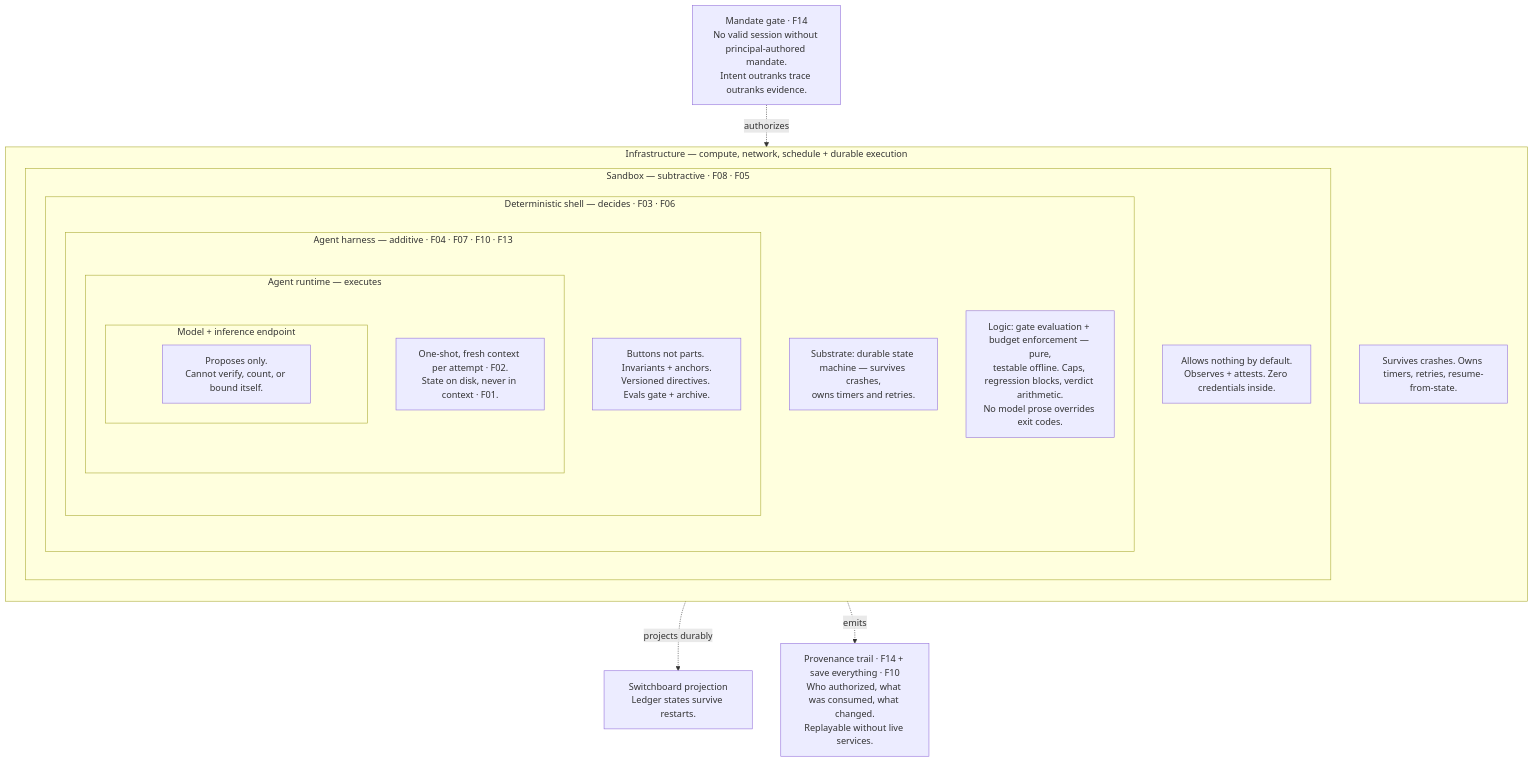
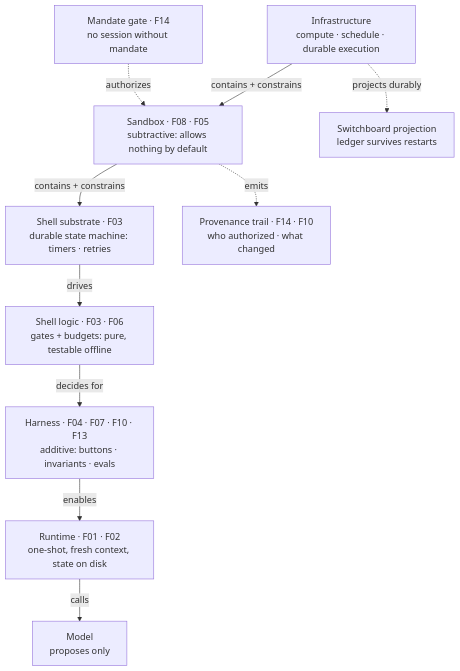
The first of 3 diagrams in docs/blueprint/17-architecture.md (johwes/agentic-sdlc), drawn with Mermaid before and after one commit. The commit also changed other lines of this file and 2 other files, not shown here.

Commit message:
docs(blueprint): flatten architecture diagrams for readability, add mermaid scroll CSS

````diff
--- a/docs/blueprint/17-architecture.md
+++ b/docs/blueprint/17-architecture.md
@@ -17,33 +18,23 @@
 ```mermaid
 flowchart TD
-    subgraph INFRA[Infrastructure — compute, network, schedule + durable execution]
-        direction TB
-        INFRA_NOTE["Survives crashes. Owns timers, retries, resume-from-state."]
-        subgraph SB[Sandbox — subtractive · F08 · F05]
-            direction TB
-            SB_NOTE["Allows nothing by default.<br/>Observes + attests. Zero credentials inside."]
-            subgraph SHELL[Deterministic shell — decides · F03 · F06]
-                direction TB
-                SHELL_SUB["Substrate: durable state machine — survives crashes,<br/>owns timers and retries."]
-                SHELL_LOGIC["Logic: gate evaluation + budget enforcement — pure,<br/>testable offline. Caps, regression blocks, verdict arithmetic.<br/>No model prose overrides exit codes."]
-                subgraph HARN[Agent harness — additive · F04 · F07 · F10 · F13]
-                    direction TB
-                    HARN_NOTE["Buttons not parts. Invariants + anchors.<br/>Versioned directives. Evals gate + archive."]
-                    subgraph RT[Agent runtime — executes]
-                        direction TB
-                        RT_NOTE["One-shot, fresh context per attempt · F02.<br/>State on disk, never in context · F01."]
-                        subgraph MODEL[Model + inference endpoint]
-                            MODEL_NOTE["Proposes only.<br/>Cannot verify, count, or bound itself."]
-                        end
-                    end
-                end
-            end
-        end
-    end
-    BOARD_PROJ["Switchboard projection<br/>Ledger states survive restarts."]
-    INFRA -. projects durably .-> BOARD_PROJ
-    MANDATE["Mandate gate · F14<br/>No valid session without principal-authored mandate.<br/>Intent outranks trace outranks evidence."]
-    MANDATE -. authorizes .-> SB
-    PROV["Provenance trail · F14 + save everything · F10<br/>Who authorized, what was consumed, what changed.<br/>Replayable without live services."]
-    SB -. emits .-> PROV
+    INFRA["Infrastructure<br/>compute · schedule · durable execution"]
+    SB["Sandbox · F08 · F05<br/>subtractive: allows nothing by default"]
+    SHELL_SUB["Shell substrate · F03<br/>durable state machine: timers · retries"]
+    SHELL_LOGIC["Shell logic · F03 · F06<br/>gates + budgets: pure, testable offline"]
+    HARN["Harness · F04 · F07 · F10 · F13<br/>additive: buttons · invariants · evals"]
+    RT["Runtime · F01 · F02<br/>one-shot, fresh context, state on disk"]
+    MODEL["Model<br/>proposes only"]
+    MANDATE["Mandate gate · F14<br/>no session without mandate"]
+    PROV["Provenance trail · F14 · F10<br/>who authorized · what changed"]
+    BOARD_PROJ["Switchboard projection<br/>ledger survives restarts"]
+
+    INFRA -->|"contains + constrains"| SB
+    SB -->|"contains + constrains"| SHELL_SUB
+    SHELL_SUB -->|"drives"| SHELL_LOGIC
+    SHELL_LOGIC -->|"decides for"| HARN
+    HARN -->|"enables"| RT
+    RT -->|"calls"| MODEL
+    MANDATE -.->|"authorizes"| SB
+    SB -.->|"emits"| PROV
+    INFRA -.->|"projects durably"| BOARD_PROJ
 ```
````
